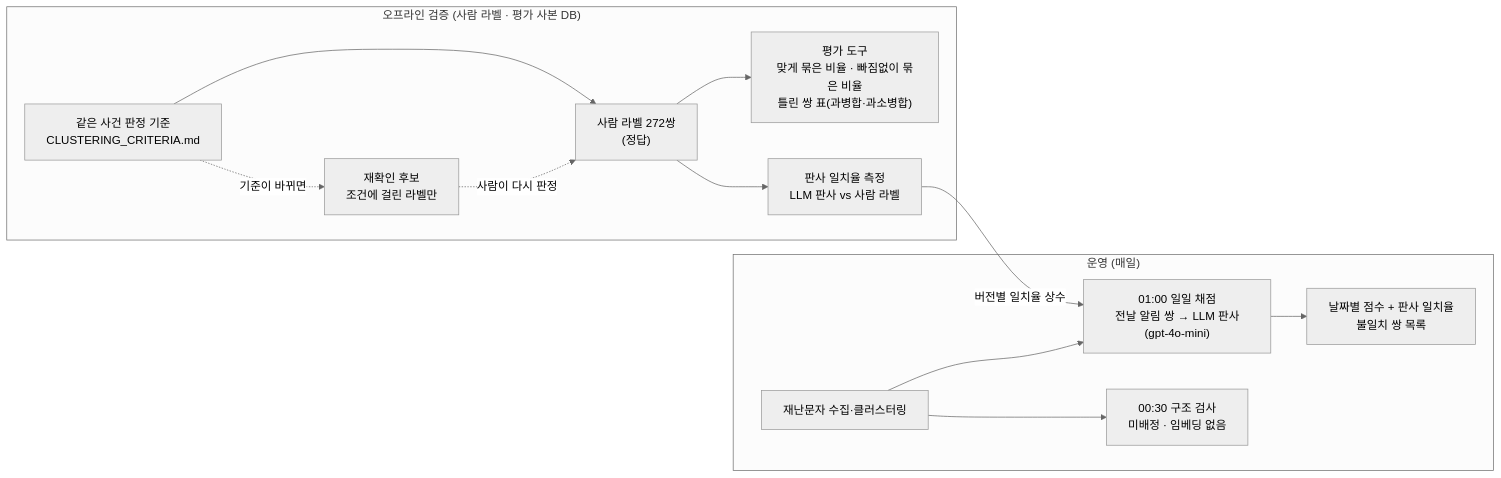
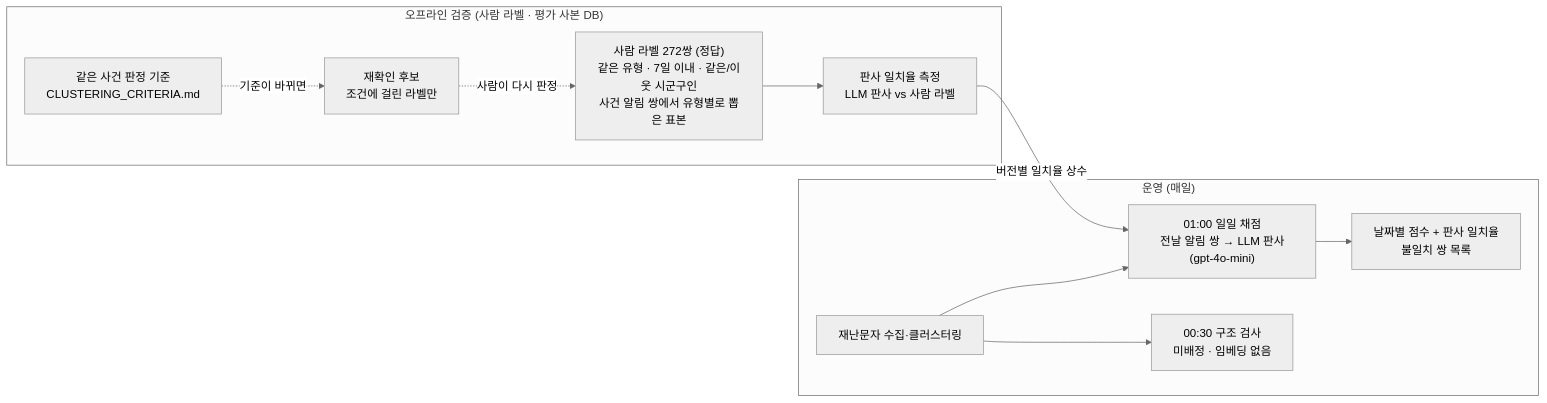
The diagram in README.md (lshlsh3690/disaster-alert-archive), drawn with Mermaid (neutral theme) before and after one commit. The commit also changed other lines of this file, not shown here.

Commit message:
docs: README 검증 파이프라인 그림에서 평가 도구를 빼고 272쌍 추출 기준을 적는다
기준 문서에서 272쌍으로 바로 이어지는 화살표는 "기준이 라벨을 만든다"로 읽혀 실제와 달랐다
(272쌍은 후보 쌍에서 뽑은 표본이고 기준은 판정에만 쓴다). 그 화살표와 평가 도구 칸을 지우고,
272쌍 칸에 "같은 유형 · 7일 이내 · 같은/이웃 시군구인 사건 알림 쌍에서 유형별로 뽑은 표본"을 적었다.

````diff
--- a/README.md
+++ b/README.md
@@ -52,18 +52,16 @@
 ```mermaid
 flowchart LR
-    C["같은 사건 판정 기준<br/>CLUSTERING_CRITERIA.md"] --> L["사람 라벨 272쌍<br/>(정답)"]
-
     subgraph OFF["오프라인 검증 (사람 라벨 · 평가 사본 DB)"]
-        L --> E["평가 도구<br/>맞게 묶은 비율 · 빠짐없이 묶은 비율<br/>틀린 쌍 표(과병합·과소병합)"]
-        C -. "기준이 바뀌면" .-> R["재확인 후보<br/>조건에 걸린 라벨만"] -. "사람이 다시 판정" .-> L
+        L["사람 라벨 272쌍 (정답)<br/>같은 유형 · 7일 이내 · 같은/이웃 시군구인<br/>사건 알림 쌍에서 유형별로 뽑은 표본"]
+        C["같은 사건 판정 기준<br/>CLUSTERING_CRITERIA.md"] -. "기준이 바뀌면" .-> R["재확인 후보<br/>조건에 걸린 라벨만"] -. "사람이 다시 판정" .-> L
         L --> J["판사 일치율 측정<br/>LLM 판사 vs 사람 라벨"]
     end
 
     J -- "버전별 일치율 상수" --> D
 
     subgraph PROD["운영 (매일)"]
         S["재난문자 수집·클러스터링"] --> K["00:30 구조 검사<br/>미배정 · 임베딩 없음"]
         S --> D["01:00 일일 채점<br/>전날 알림 쌍 → LLM 판사(gpt-4o-mini)"]
         D --> O["날짜별 점수 + 판사 일치율<br/>불일치 쌍 목록"]
     end
 ```
````
